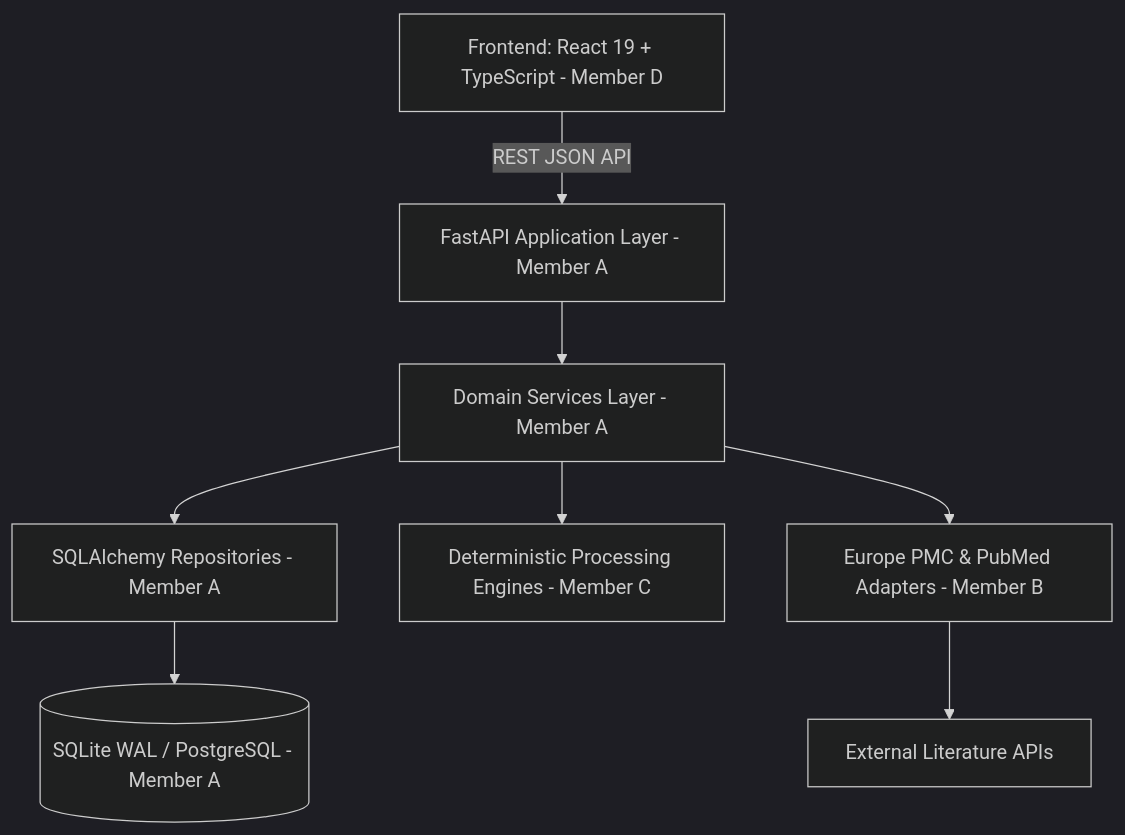
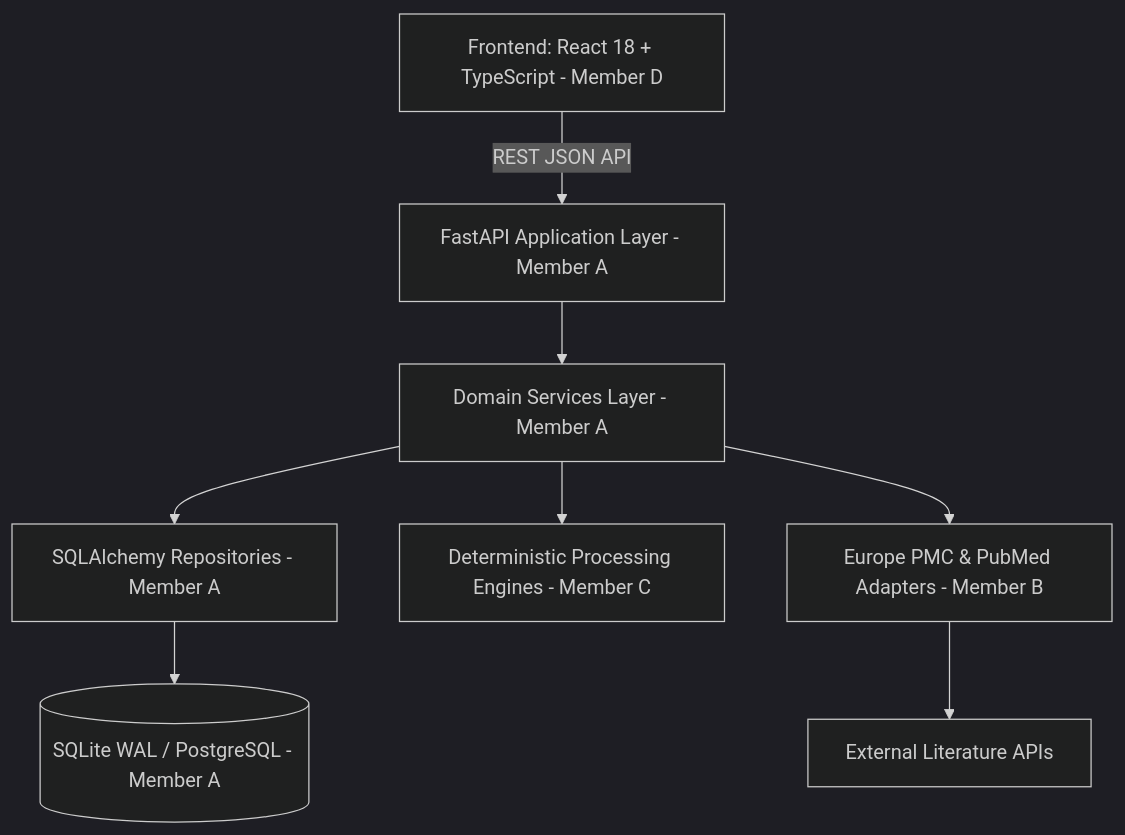
One commit to Kratos7heSpartanRage/EvidenceFlow changed the first of 2 diagrams in README.md. Above: the diagram before and after it, drawn with Mermaid (dark theme). The commit also changed other lines of this file and 26 other files, not shown here.

````diff
--- a/README.md
+++ b/README.md
@@ -25,11 +27,11 @@
 ```mermaid
 graph TD
-    UI[Frontend: React 19 + TypeScript - Member D] -->|REST JSON API| API[FastAPI Application Layer - Member A]
+    UI[Frontend: React 18 + TypeScript - Member D] -->|REST JSON API| API[FastAPI Application Layer - Member A]
     API --> SVC[Domain Services Layer - Member A]
     SVC --> REPO[SQLAlchemy Repositories - Member A]
     REPO --> DB[(SQLite WAL / PostgreSQL - Member A)]
     
     SVC --> ENG[Deterministic Processing Engines - Member C]
     SVC --> ADAPT[Europe PMC & PubMed Adapters - Member B]
     ADAPT --> LIVE[External Literature APIs]
 ```
````
